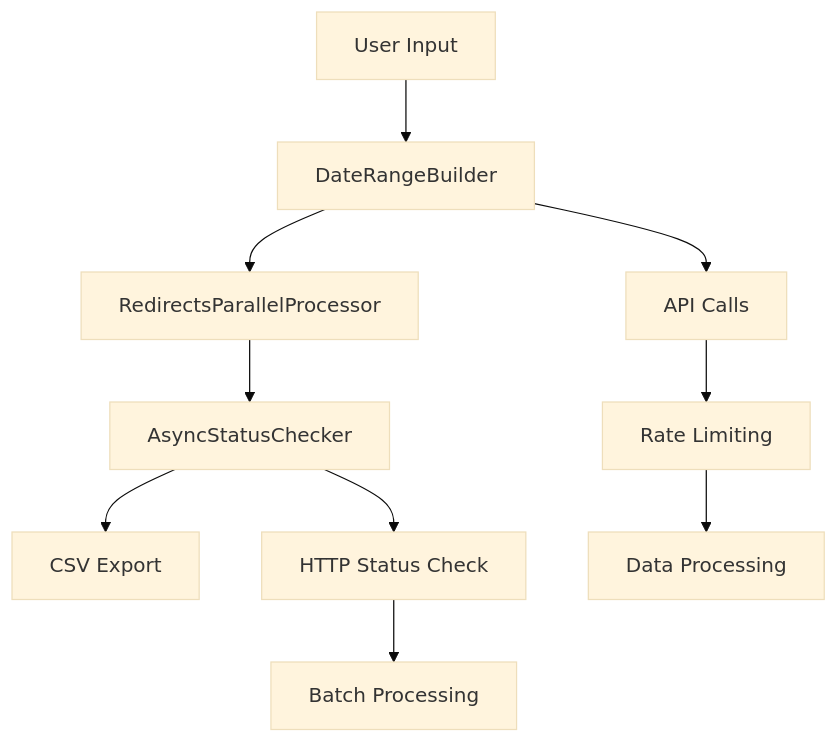
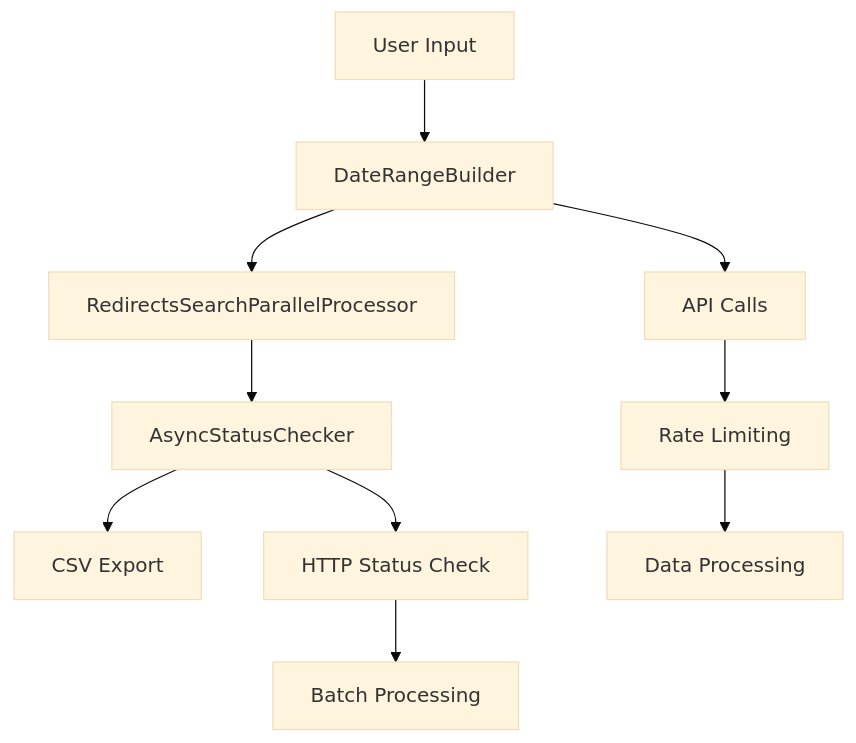
The diagram in redirects_report/README.md (arcxp/arc-content-report), drawn with Mermaid (base theme) before and after one commit. The commit also changed other lines of this file and 9 other files, not shown here.

````diff
--- a/redirects_report/README.md
+++ b/redirects_report/README.md
@@ -42,14 +45,14 @@
 ```mermaid
 graph TD
     A[User Input] --> B[DateRangeBuilder]
-    B --> C[RedirectsParallelProcessor]
+    B --> C[RedirectsSearchParallelProcessor]
     C --> D[AsyncStatusChecker]
     D --> E[CSV Export]
     
     B --> F[API Calls]
     F --> G[Rate Limiting]
     G --> H[Data Processing]
     
     D --> I[HTTP Status Check]
     I --> J[Batch Processing]
 ```
````
